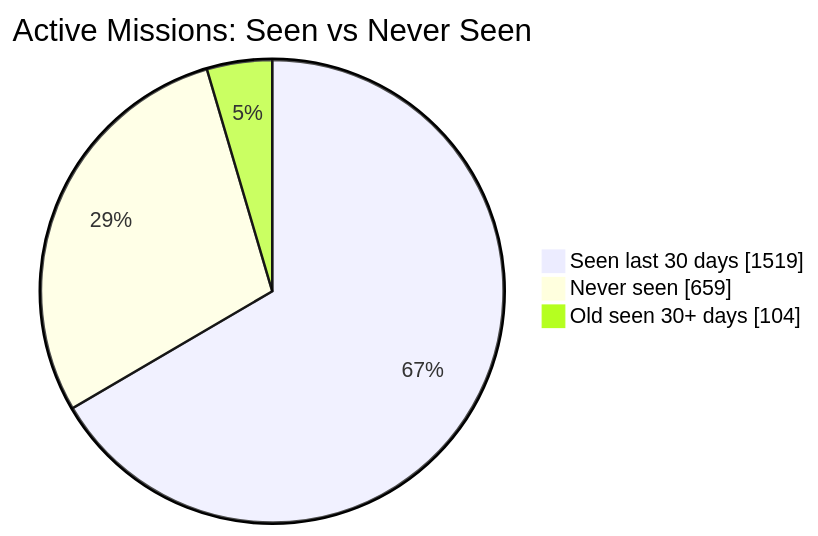
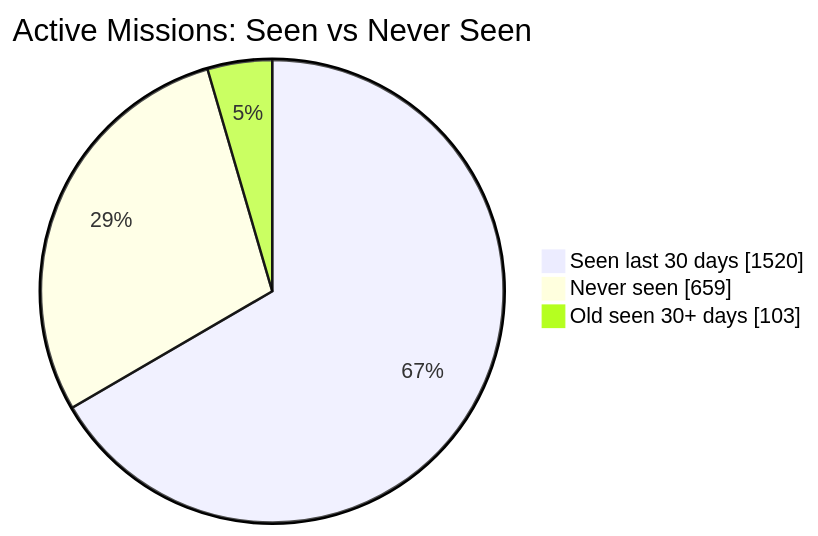
Before and after one commit to MeldkamerspelGameTeam/active-missions: the first of 2 diagrams in README.md, drawn with Mermaid. The commit also changed other lines of this file and 2 other files, not shown here.

````diff
--- a/README.md
+++ b/README.md
@@ -34,7 +34,7 @@
 ```mermaid
 pie showData
     title Active Missions: Seen vs Never Seen
-    "Seen last 30 days" : 1519
+    "Seen last 30 days" : 1520
     "Never seen" : 659
-    "Old seen 30+ days" : 104
+    "Old seen 30+ days" : 103
 ```
````
